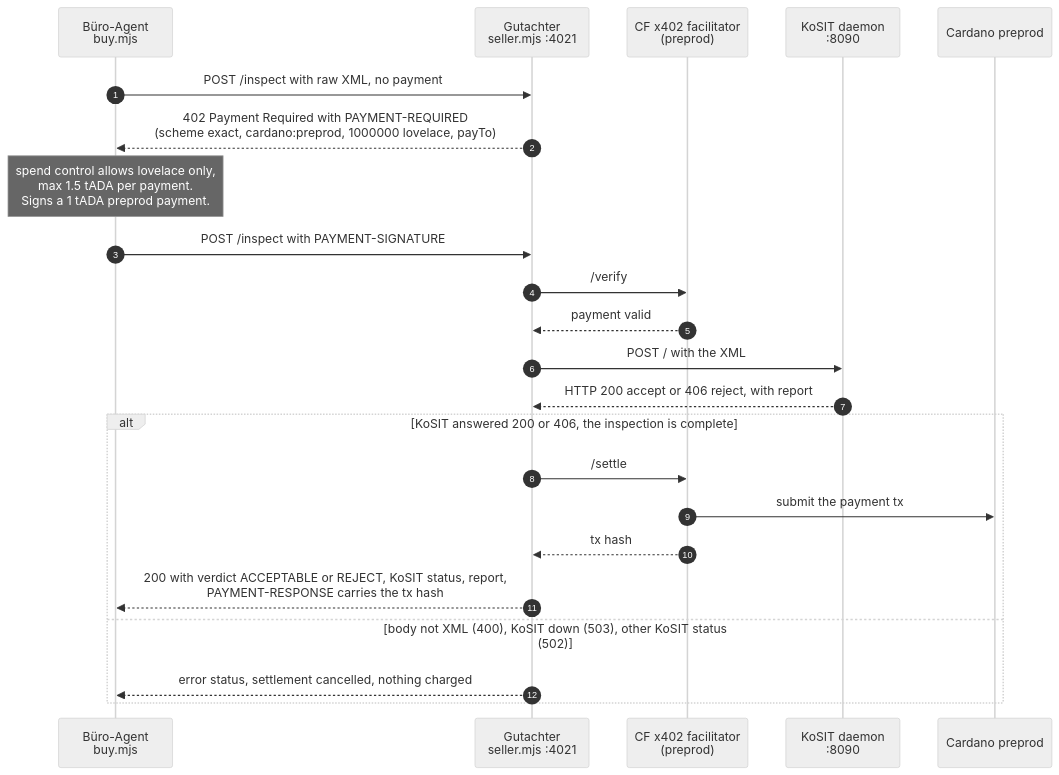
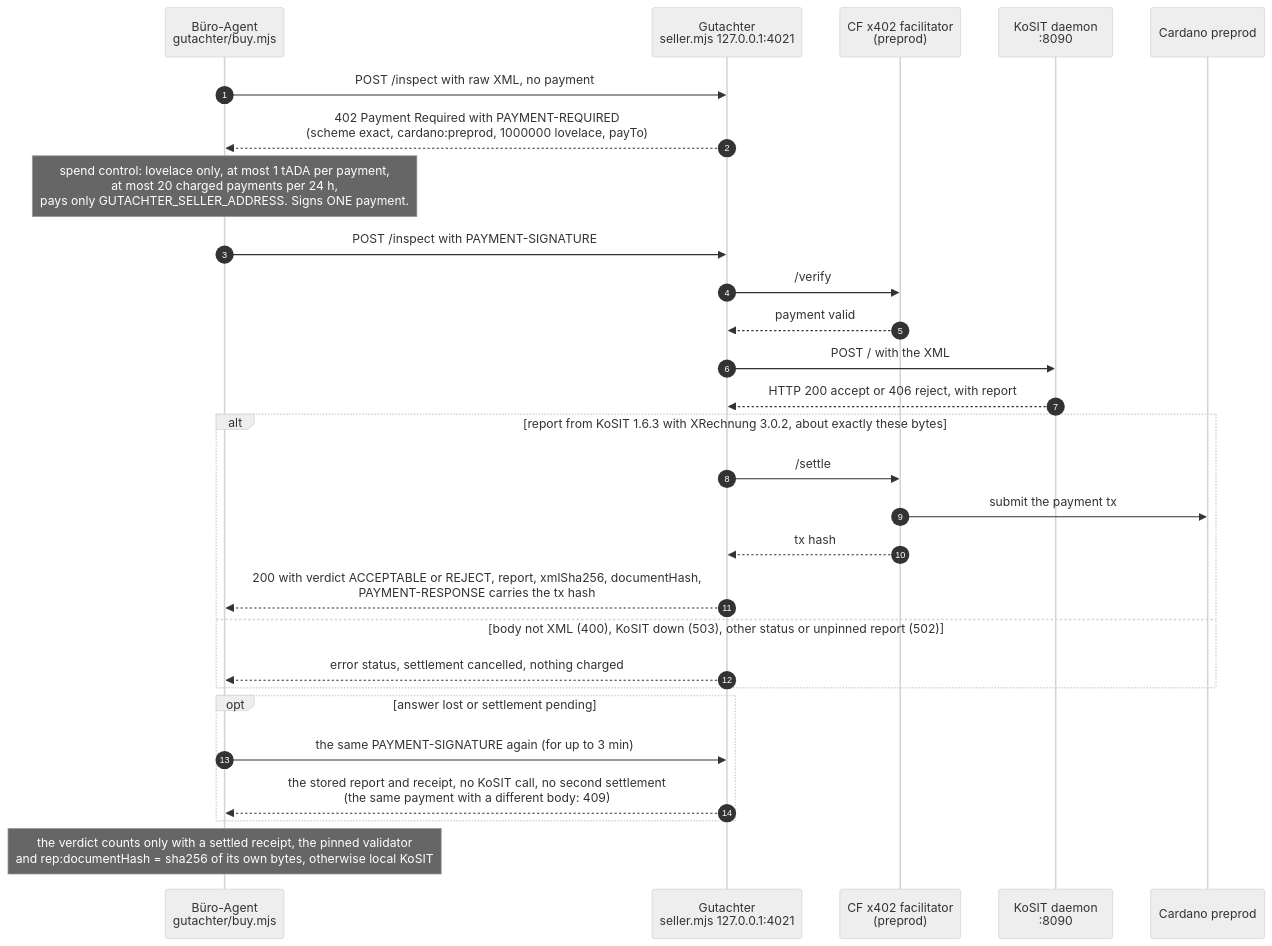
Before and after one commit to omurbc/abnahme: the sixth of 6 diagrams in README.md, drawn with Mermaid (neutral theme). The commit also changed other lines of this file and 1 other file, not shown here.

````diff
--- a/README.md
+++ b/README.md
@@ -431,26 +466,31 @@
 ```mermaid
 sequenceDiagram
     autonumber
-    participant B as Büro-Agent<br/>buy.mjs
-    participant G as Gutachter<br/>seller.mjs :4021
+    participant B as Büro-Agent<br/>gutachter/buy.mjs
+    participant G as Gutachter<br/>seller.mjs 127.0.0.1:4021
     participant F as CF x402 facilitator<br/>(preprod)
     participant K as KoSIT daemon<br/>:8090
     participant C as Cardano preprod
 
     B->>G: POST /inspect with raw XML, no payment
     G-->>B: 402 Payment Required with PAYMENT-REQUIRED<br/>(scheme exact, cardano:preprod, 1000000 lovelace, payTo)
-    Note over B: spend control allows lovelace only,<br/>max 1.5 tADA per payment.<br/>Signs a 1 tADA preprod payment.
+    Note over B: spend control: lovelace only, at most 1 tADA per payment,<br/>at most 20 charged payments per 24 h,<br/>pays only GUTACHTER_SELLER_ADDRESS. Signs ONE payment.
     B->>G: POST /inspect with PAYMENT-SIGNATURE
     G->>F: /verify
     F-->>G: payment valid
     G->>K: POST / with the XML
     K-->>G: HTTP 200 accept or 406 reject, with report
-    alt KoSIT answered 200 or 406, the inspection is complete
+    alt report from KoSIT 1.6.3 with XRechnung 3.0.2, about exactly these bytes
         G->>F: /settle
         F->>C: submit the payment tx
         F-->>G: tx hash
-        G-->>B: 200 with verdict ACCEPTABLE or REJECT, KoSIT status, report,<br/>PAYMENT-RESPONSE carries the tx hash
-    else body not XML (400), KoSIT down (503), other KoSIT status (502)
+        G-->>B: 200 with verdict ACCEPTABLE or REJECT, report, xmlSha256, documentHash,<br/>PAYMENT-RESPONSE carries the tx hash
+    else body not XML (400), KoSIT down (503), other status or unpinned report (502)
         G-->>B: error status, settlement cancelled, nothing charged
     end
+    opt answer lost or settlement pending
+        B->>G: the same PAYMENT-SIGNATURE again (for up to 3 min)
+        G-->>B: the stored report and receipt, no KoSIT call, no second settlement<br/>(the same payment with a different body: 409)
+    end
+    Note over B: the verdict counts only with a settled receipt, the pinned validator<br/>and rep:documentHash = sha256 of its own bytes, otherwise local KoSIT
 ```
````
